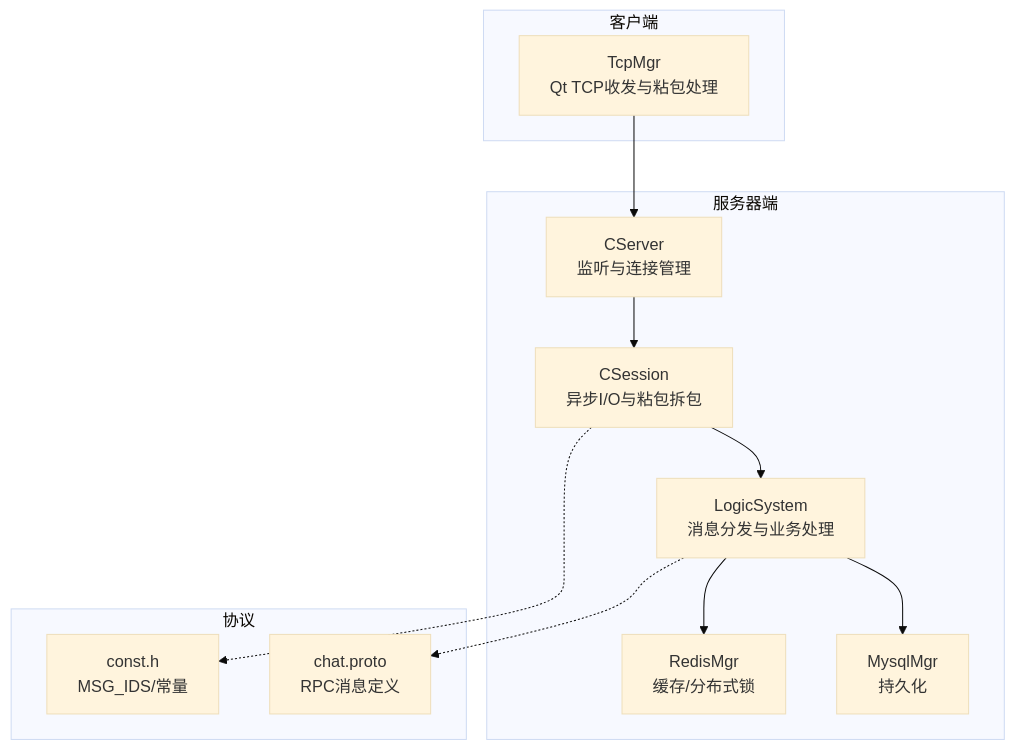
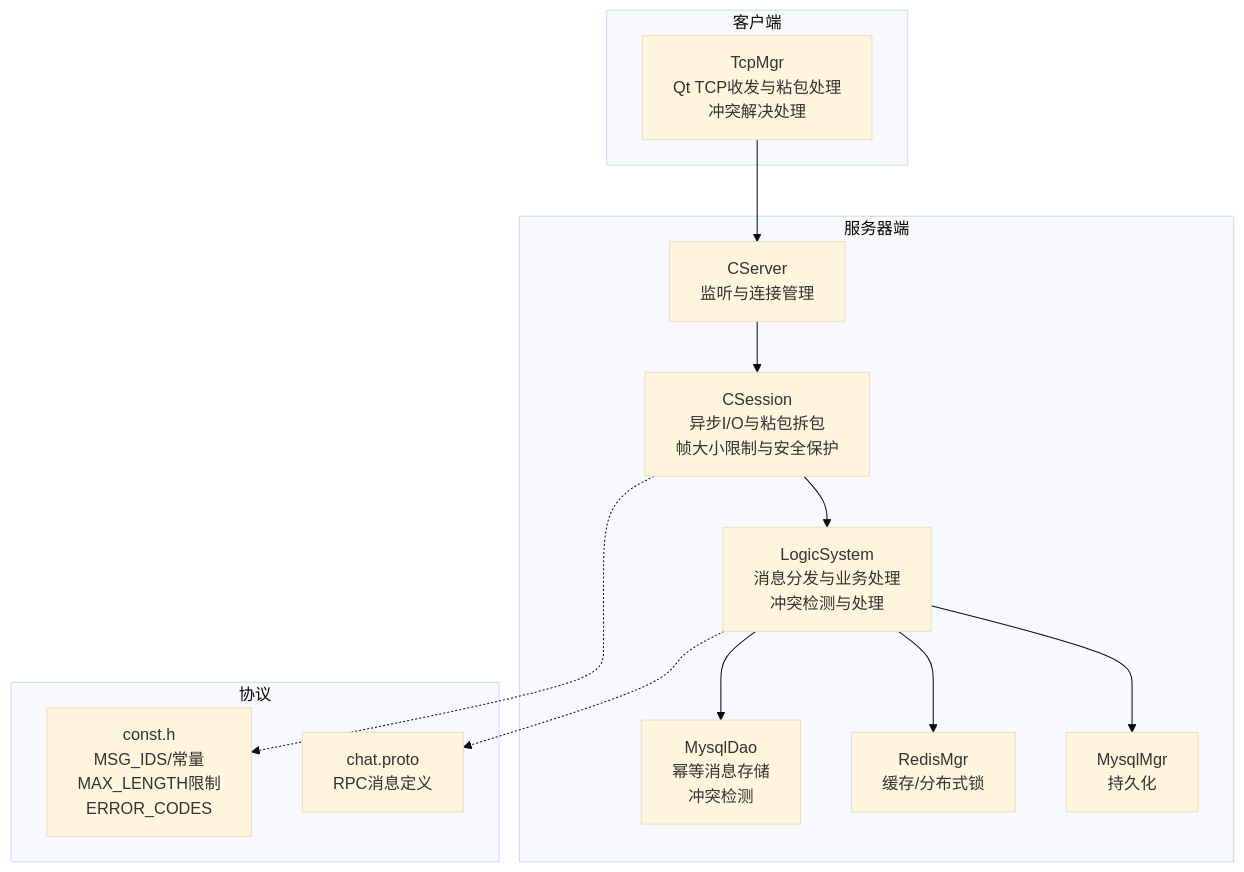
Before and after one commit to echo9923/mychatter: the first of 8 diagrams in .qoder/repowiki/zh/content/服务端开发/ChatServer聊天核心服务/会话管理/消息处理机制.md, drawn with Mermaid (base theme). The commit also changed other lines of this file and 54 other files, not shown here.

````diff
--- a/.qoder/repowiki/zh/content/服务端开发/ChatServer聊天核心服务/会话管理/消息处理机制.md
+++ b/.qoder/repowiki/zh/content/服务端开发/ChatServer聊天核心服务/会话管理/消息处理机制.md
@@ -41,24 +54,26 @@
 ```mermaid
 graph TB
 subgraph "服务器端"
 CServer["CServer<br/>监听与连接管理"]
-CSession["CSession<br/>异步I/O与粘包拆包"]
-LogicSystem["LogicSystem<br/>消息分发与业务处理"]
+CSession["CSession<br/>异步I/O与粘包拆包<br/>帧大小限制与安全保护"]
+LogicSystem["LogicSystem<br/>消息分发与业务处理<br/>冲突检测与处理"]
+MysqlDao["MysqlDao<br/>幂等消息存储<br/>冲突检测"]
 RedisMgr["RedisMgr<br/>缓存/分布式锁"]
 MysqlMgr["MysqlMgr<br/>持久化"]
 end
 subgraph "客户端"
-TcpMgr["TcpMgr<br/>Qt TCP收发与粘包处理"]
+TcpMgr["TcpMgr<br/>Qt TCP收发与粘包处理<br/>冲突解决处理"]
 end
 subgraph "协议"
-Const["const.h<br/>MSG_IDS/常量"]
+Const["const.h<br/>MSG_IDS/常量<br/>MAX_LENGTH限制<br/>ERROR_CODES"]
 Proto["chat.proto<br/>RPC消息定义"]
 end
 TcpMgr --> CServer
 CServer --> CSession
 CSession --> LogicSystem
+LogicSystem --> MysqlDao
 LogicSystem --> RedisMgr
 LogicSystem --> MysqlMgr
 CSession -.-> Const
 LogicSystem -.-> Proto
 ```
````
